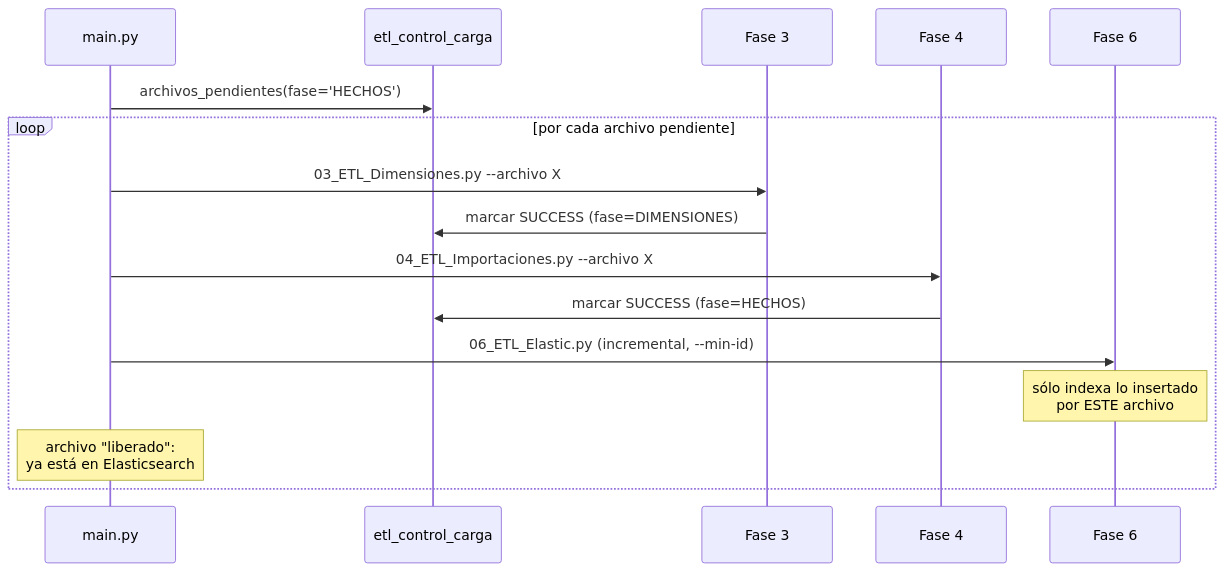
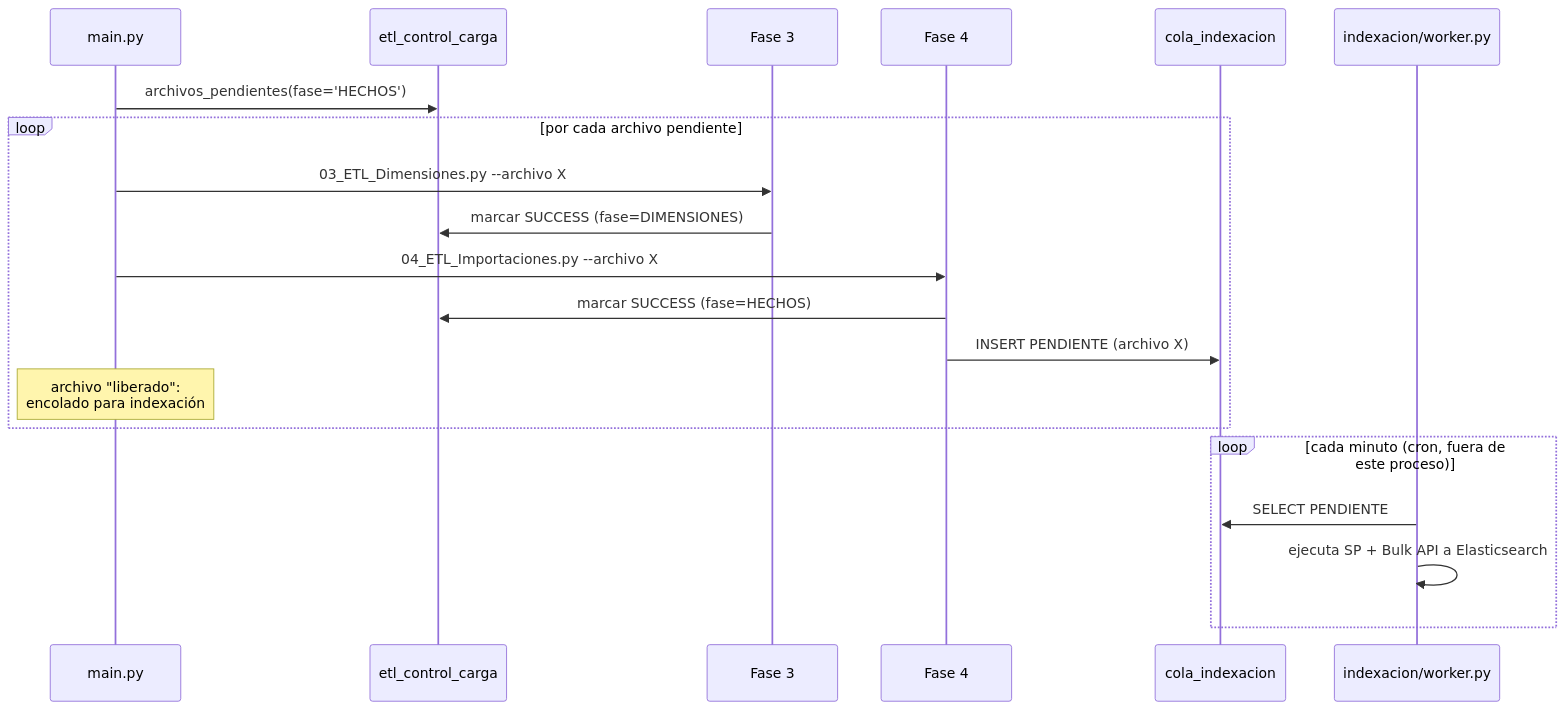
Before and after one commit to pedroagv/ETL_Colombia: the second of 2 diagrams in 04_Documentacion/Flujo_ETL.md, drawn with Mermaid. The commit also changed other lines of this file and 20 other files, not shown here.

````diff
--- a/04_Documentacion/Flujo_ETL.md
+++ b/04_Documentacion/Flujo_ETL.md
@@ -34,19 +32,23 @@
 ```mermaid
 sequenceDiagram
     participant M as main.py
     participant CP as etl_control_carga
     participant F3 as Fase 3
     participant F4 as Fase 4
-    participant F6 as Fase 6
+    participant Cola as cola_indexacion
+    participant W as indexacion/worker.py
 
     M->>CP: archivos_pendientes(fase='HECHOS')
     loop por cada archivo pendiente
         M->>F3: 03_ETL_Dimensiones.py --archivo X
         F3->>CP: marcar SUCCESS (fase=DIMENSIONES)
         M->>F4: 04_ETL_Importaciones.py --archivo X
         F4->>CP: marcar SUCCESS (fase=HECHOS)
-        M->>F6: 06_ETL_Elastic.py (incremental, --min-id)
-        Note over F6: sólo indexa lo insertado<br/>por ESTE archivo
-        Note over M: archivo "liberado":<br/>ya está en Elasticsearch
+        F4->>Cola: INSERT PENDIENTE (archivo X)
+        Note over M: archivo "liberado":<br/>encolado para indexación
+    end
+    loop cada minuto (cron, fuera de este proceso)
+        W->>Cola: SELECT PENDIENTE
+        W->>W: ejecuta SP + Bulk API a Elasticsearch
     end
 ```
````
